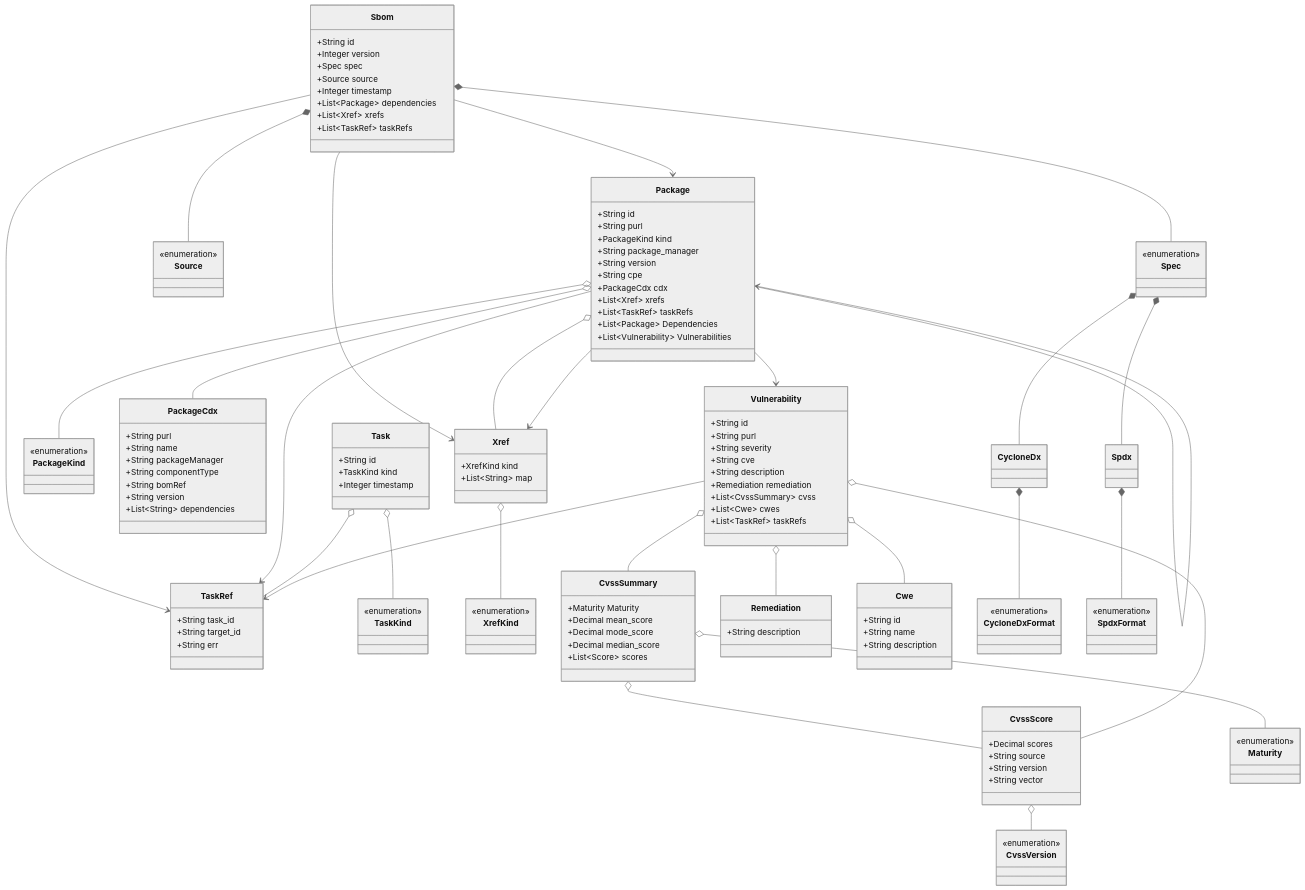
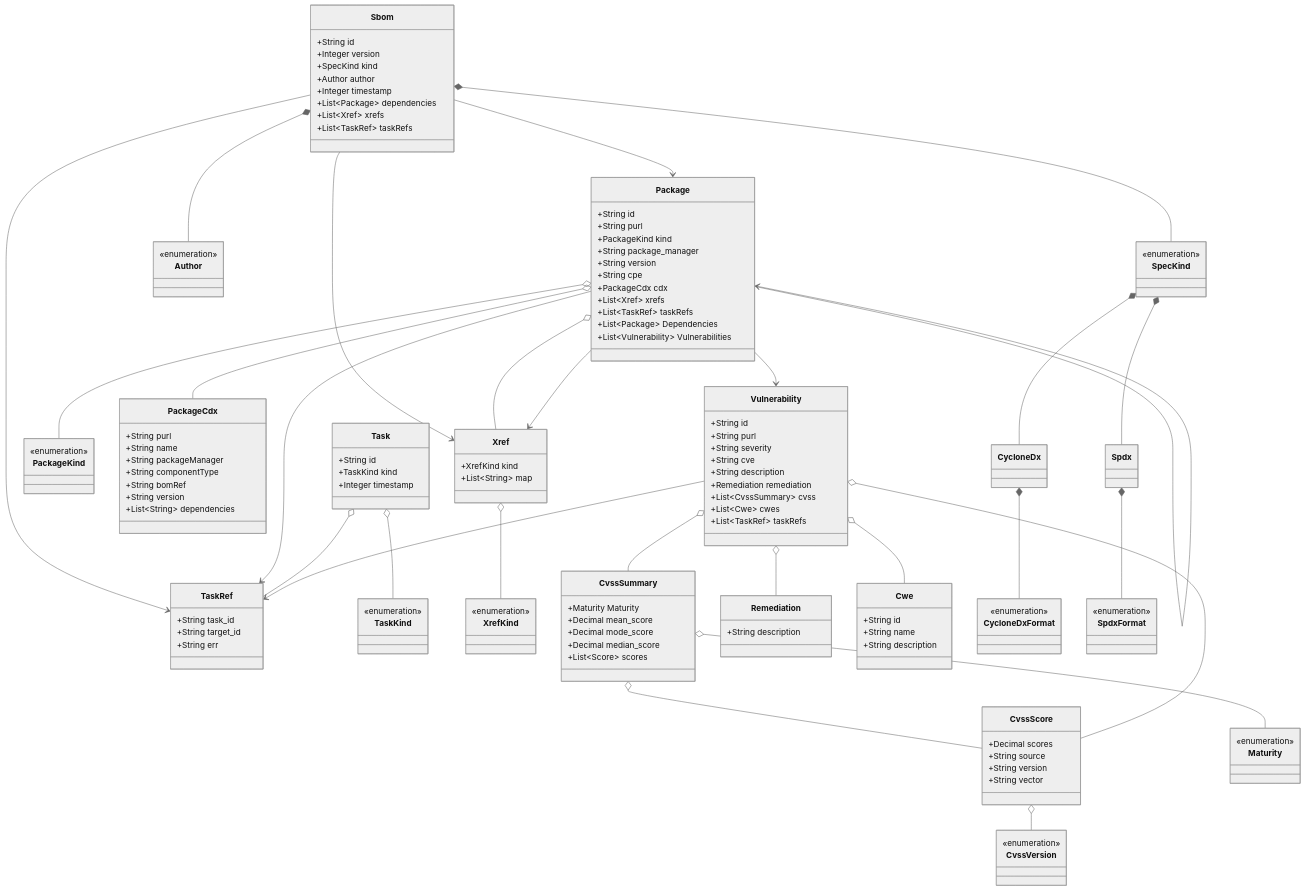
One commit to CMS-Enterprise/sbom-harbor changed the second of 8 diagrams in book/src/diagrams.md. Above: the diagram before and after it, drawn with Mermaid (neutral theme). The commit also changed other lines of this file and 4 other files, not shown here.

````diff
--- a/book/src/diagrams.md
+++ b/book/src/diagrams.md
@@ -34,9 +34,9 @@
 ```mermaid
 classDiagram
     Sbom --> Package
-    Sbom *-- Source
+    Sbom *-- Author
     Sbom --> TaskRef
-    Sbom *-- Spec
+    Sbom *-- SpecKind
     Sbom --> Xref
     Package o-- Xref
     Package o-- PackageKind
@@ -56,8 +56,8 @@
     Vulnerability o-- CvssScore
     Vulnerability o-- Cwe
     Vulnerability --> TaskRef
-    Spec *-- CycloneDx
-    Spec *-- Spdx
+    SpecKind *-- CycloneDx
+    SpecKind *-- Spdx
     CycloneDx *-- CycloneDxFormat
     Spdx *-- SpdxFormat
 
@@ -88,8 +88,8 @@
     class Sbom {
         +String id
         +Integer version
-        +Spec spec
-        +Source source
+        +SpecKind kind
+        +Author author
         +Integer timestamp
         +List~Package~ dependencies
         +List~Xref~ xrefs
@@ -134,10 +134,6 @@
         +String description
     }
 
-    class Spdx {
-
-    }
-
     class Task {
         +String id
         +TaskKind kind
@@ -164,11 +160,19 @@
     class PackageKind
     <<enumeration>> PackageKind
 
-    class Source
-    <<enumeration>> Source
+    class CycloneDx {
 
-    class Spec
-    <<enumeration>> Spec
+    }
+
+    class Spdx {
+
+    }
+
+    class Author
+    <<enumeration>> Author
+
+    class SpecKind
+    <<enumeration>> SpecKind
 
     class CycloneDxFormat
     <<enumeration>> CycloneDxFormat
````
